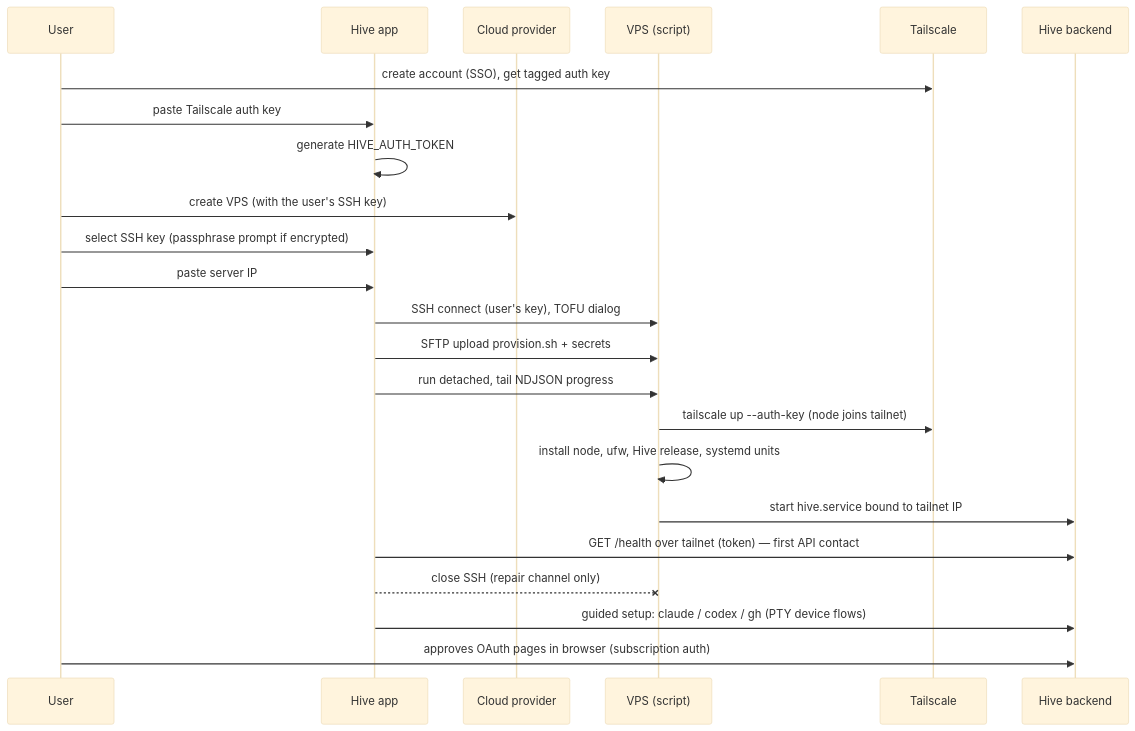
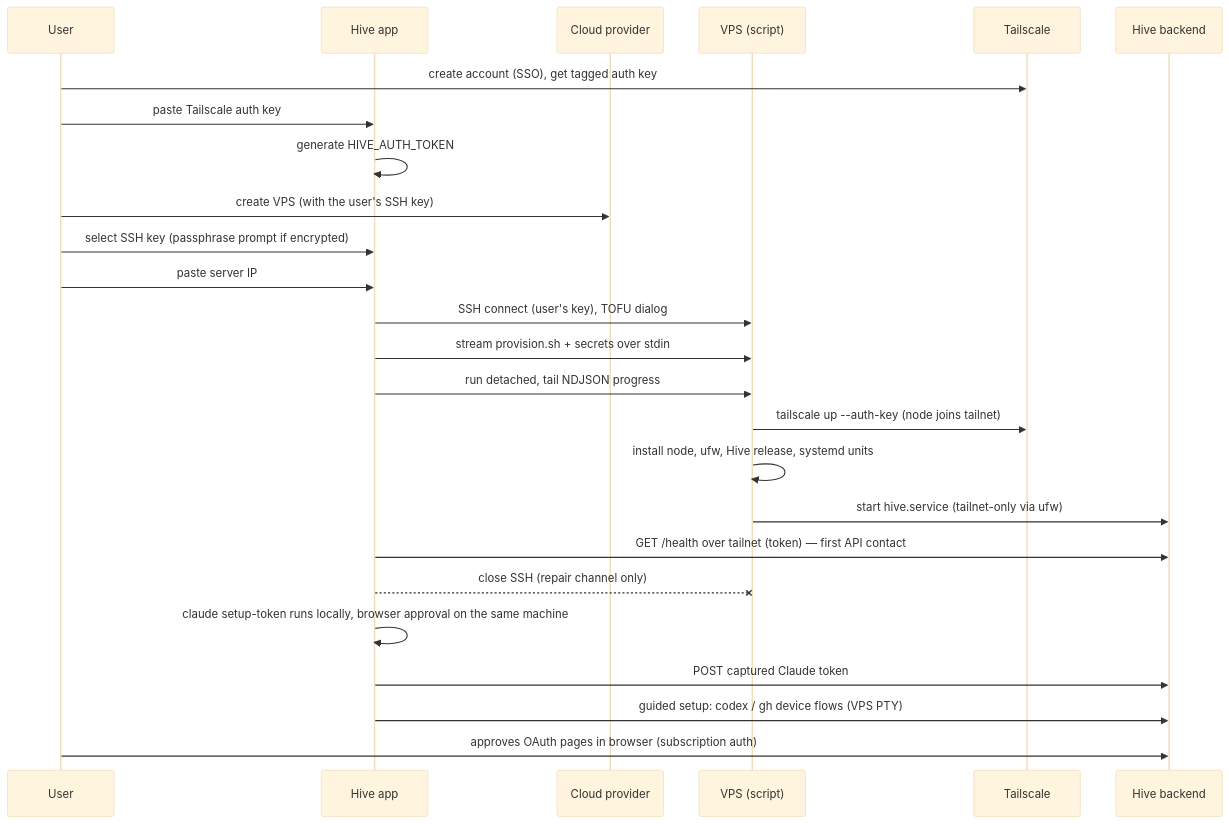
The second of 3 diagrams in docs/install-flow.md (unfence-labs/hive), drawn with Mermaid (base theme) before and after one commit. The commit also changed other lines of this file and 1 other file, not shown here.

First line of the commit message:
review: install-flow design amendments (round 1) (#341)

````diff
--- a/docs/install-flow.md
+++ b/docs/install-flow.md
@@ -116,26 +123,28 @@
 ```mermaid
 sequenceDiagram
     participant U as User
     participant W as Hive app
     participant P as Cloud provider
     participant V as VPS (script)
     participant T as Tailscale
     participant H as Hive backend
 
     U->>T: create account (SSO), get tagged auth key
     U->>W: paste Tailscale auth key
     W->>W: generate HIVE_AUTH_TOKEN
     U->>P: create VPS (with the user's SSH key)
     U->>W: select SSH key (passphrase prompt if encrypted)
     U->>W: paste server IP
     W->>V: SSH connect (user's key), TOFU dialog
-    W->>V: SFTP upload provision.sh + secrets
+    W->>V: stream provision.sh + secrets over stdin
     W->>V: run detached, tail NDJSON progress
     V->>T: tailscale up --auth-key (node joins tailnet)
     V->>V: install node, ufw, Hive release, systemd units
-    V->>H: start hive.service bound to tailnet IP
+    V->>H: start hive.service (tailnet-only via ufw)
     W->>H: GET /health over tailnet (token) — first API contact
     W--xV: close SSH (repair channel only)
-    W->>H: guided setup: claude / codex / gh (PTY device flows)
+    W->>W: claude setup-token runs locally, browser approval on the same machine
+    W->>H: POST captured Claude token
+    W->>H: guided setup: codex / gh device flows (VPS PTY)
     U->>H: approves OAuth pages in browser (subscription auth)
 ```
````
